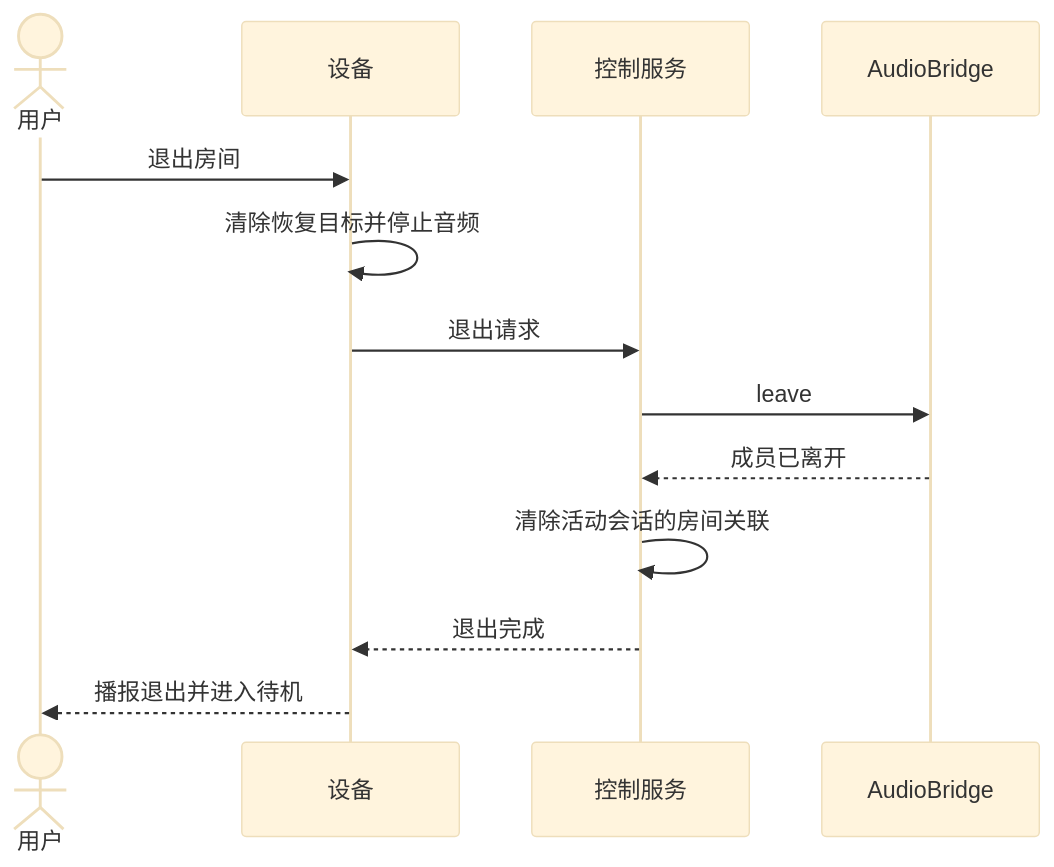
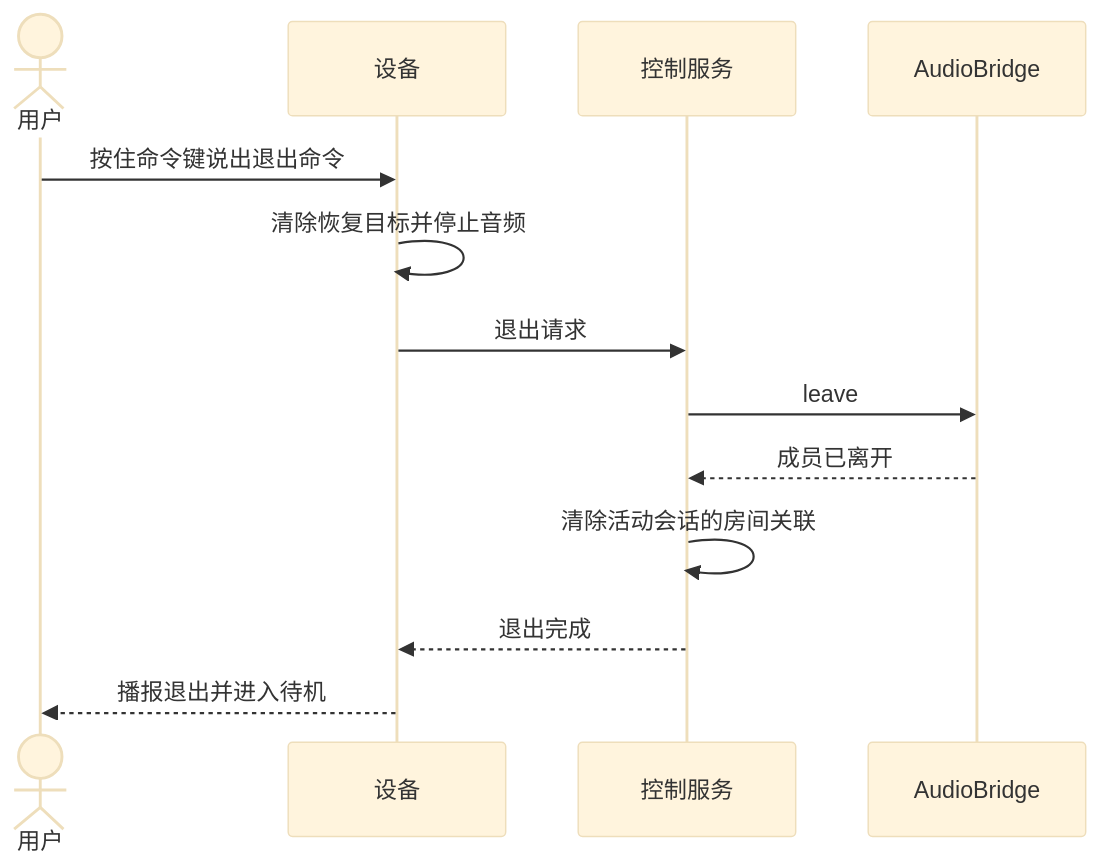
One commit to Shi1xin/linx-intercom changed the sixth of 7 diagrams in docs/architecture-design.md. Above: the diagram before and after it, drawn with Mermaid (base theme). The commit also changed other lines of this file and 1 other file, not shown here.

````diff
--- a/docs/architecture-design.md
+++ b/docs/architecture-design.md
@@ -178,15 +178,15 @@
 ```mermaid
 sequenceDiagram
     actor U as 用户
     participant D as 设备
     participant C as 控制服务
     participant J as AudioBridge
-    U->>D: 退出房间
+    U->>D: 按住命令键说出退出命令
     D->>D: 清除恢复目标并停止音频
     D->>C: 退出请求
     C->>J: leave
     J-->>C: 成员已离开
     C->>C: 清除活动会话的房间关联
     C-->>D: 退出完成
     D-->>U: 播报退出并进入待机
 ```
````
